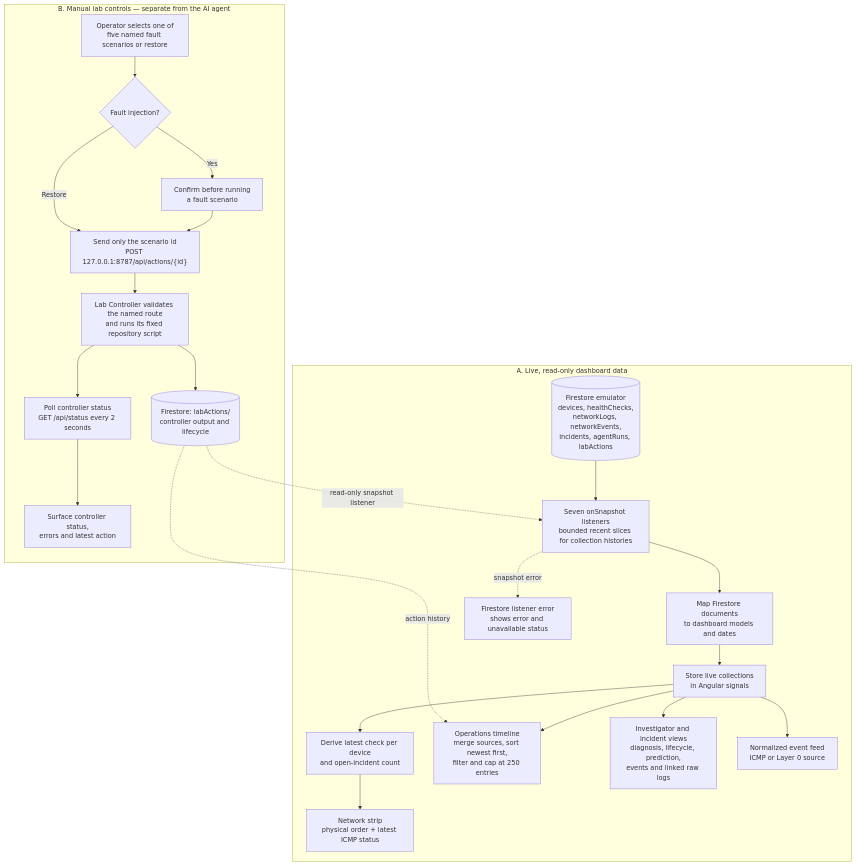
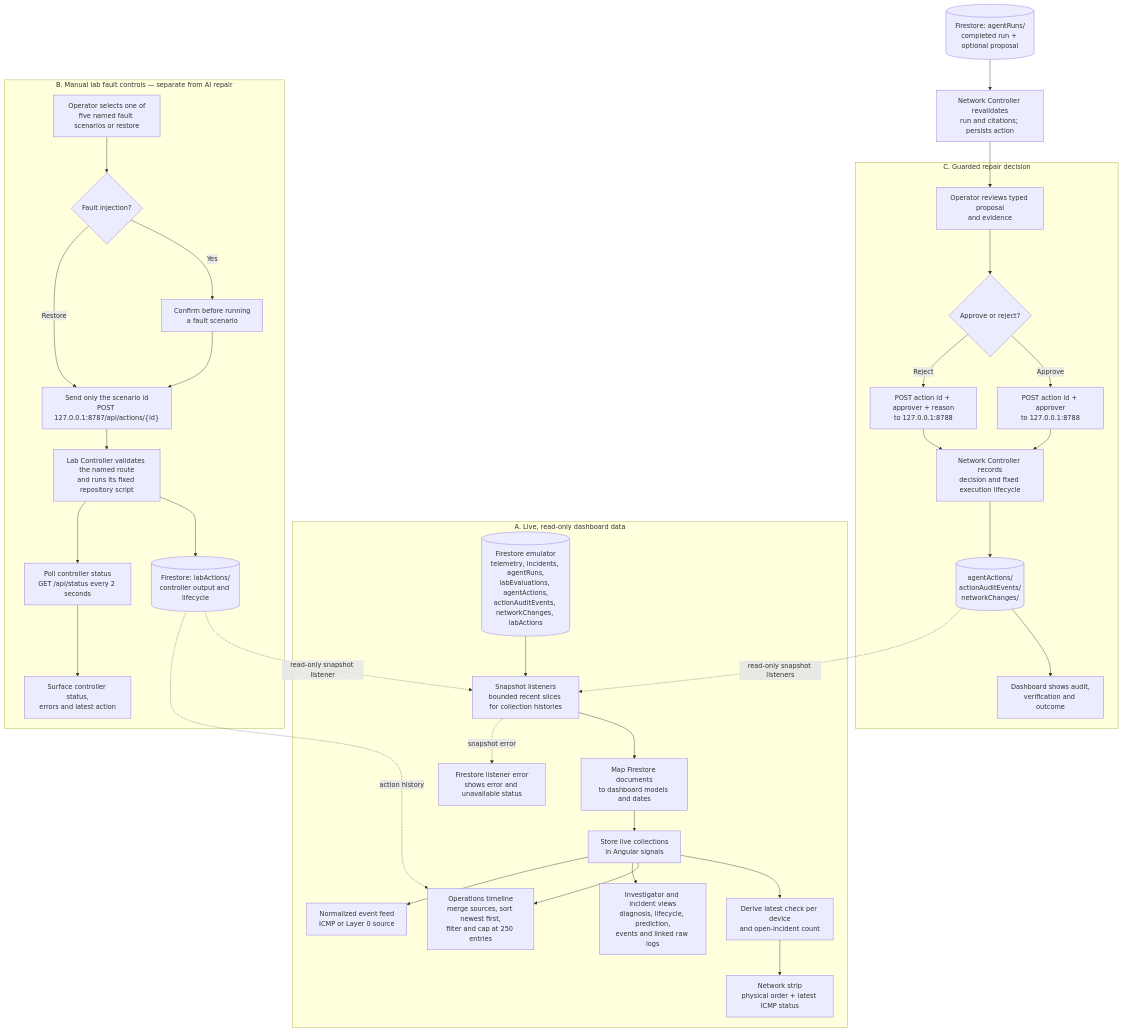
One commit to WillemSmit7/acn changed the sixth of 7 diagrams in docs/FunctionDiagrams.md. Above: the diagram before and after it, drawn with Mermaid. The commit also changed other lines of this file and 10 other files, not shown here.

First line of the commit message:
Refactor architecture and documentation for Increment 5 and 6

````diff
--- a/docs/FunctionDiagrams.md
+++ b/docs/FunctionDiagrams.md
@@ -341,41 +351,60 @@
 ```mermaid
 flowchart TD
   subgraph READ["A. Live, read-only dashboard data"]
-    A[("Firestore emulator<br/>devices, healthChecks,<br/>networkLogs, networkEvents,<br/>incidents, agentRuns, labActions")]
-    B["Seven onSnapshot listeners<br/>bounded recent slices for collection histories"]
+    A[("Firestore emulator<br/>telemetry, incidents, agentRuns,<br/>labEvaluations, agentActions,<br/>actionAuditEvents, networkChanges, labActions")]
+    B["Snapshot listeners<br/>bounded recent slices for collection histories"]
     C["Map Firestore documents<br/>to dashboard models and dates"]
     D["Store live collections<br/>in Angular signals"]
     E["Derive latest check per device<br/>and open-incident count"]
     F["Network strip<br/>physical order + latest ICMP status"]
     G["Operations timeline<br/>merge sources, sort newest first,<br/>filter and cap at 250 entries"]
     H["Investigator and incident views<br/>diagnosis, lifecycle, prediction,<br/>events and linked raw logs"]
     I["Normalized event feed<br/>ICMP or Layer 0 source"]
     J["Firestore listener error<br/>shows error and unavailable status"]
     A --> B --> C --> D
     D --> E --> F
     D --> G
     D --> H
     D --> I
     B -. "snapshot error" .-> J
   end
 
-  subgraph CONTROL["B. Manual lab controls — separate from the AI agent"]
+  subgraph CONTROL["B. Manual lab fault controls — separate from AI repair"]
     L["Operator selects one of<br/>five named fault scenarios or restore"]
     M{"Fault injection?"}
     N["Confirm before running<br/>a fault scenario"]
     O["Send only the scenario id<br/>POST 127.0.0.1:8787/api/actions/{id}"]
     P["Lab Controller validates the named route<br/>and runs its fixed repository script"]
     Q["Poll controller status<br/>GET /api/status every 2 seconds"]
     R[("Firestore: labActions/<br/>controller output and lifecycle")]
     S["Surface controller status,<br/>errors and latest action"]
     L --> M
     M -- "Yes" --> N --> O
     M -- "Restore" --> O
     O --> P
     P --> R
     P --> Q --> S
   end
 
   R -. "read-only snapshot listener" .-> B
   R -. "action history" .-> G
+
+  subgraph REPAIR["C. Guarded repair decision"]
+    T["Operator reviews typed proposal<br/>and evidence"]
+    U{"Approve or reject?"}
+    V["POST action id + approver<br/>to 127.0.0.1:8788"]
+    W["POST action id + approver + reason<br/>to 127.0.0.1:8788"]
+    X["Network Controller records<br/>decision and fixed execution lifecycle"]
+    Y[("agentActions/<br/>actionAuditEvents/<br/>networkChanges/")]
+    Z["Dashboard shows audit,<br/>verification and outcome"]
+    T --> U
+    U -- "Approve" --> V --> X
+    U -- "Reject" --> W --> X
+    X --> Y --> Z
+  end
+
+  AA[("Firestore: agentRuns/<br/>completed run + optional proposal")]
+  AB["Network Controller revalidates<br/>run and citations; persists action"]
+  AA --> AB --> T
+  Y -. "read-only snapshot listeners" .-> B
 ```
````
